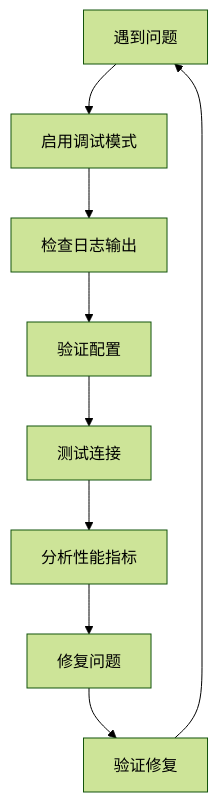
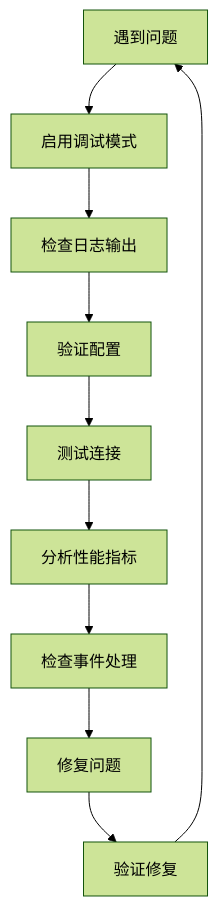
One commit to verse-ai-org/openclaw changed diagram 16 of 16 in .qoder/repowiki/zh/content/Chat Module Deep Dive.md. Above: the diagram before and after it, drawn with Mermaid (forest theme). The commit also changed other lines of this file and 20 other files, not shown here.

````diff
--- a/.qoder/repowiki/zh/content/Chat Module Deep Dive.md
+++ b/.qoder/repowiki/zh/content/Chat Module Deep Dive.md
@@ -460,11 +680,12 @@
 ```mermaid
 flowchart TD
 Problem[遇到问题] --> EnableDebug["启用调试模式"]
 EnableDebug --> CheckLogs["检查日志输出"]
 CheckLogs --> VerifyConfig["验证配置"]
 VerifyConfig --> TestConnection["测试连接"]
 TestConnection --> AnalyzeMetrics["分析性能指标"]
-AnalyzeMetrics --> FixIssue["修复问题"]
+AnalyzeMetrics --> CheckEvents["检查事件处理"]
+CheckEvents --> FixIssue["修复问题"]
 FixIssue --> VerifyFix["验证修复"]
 VerifyFix --> Problem
 ```
````
